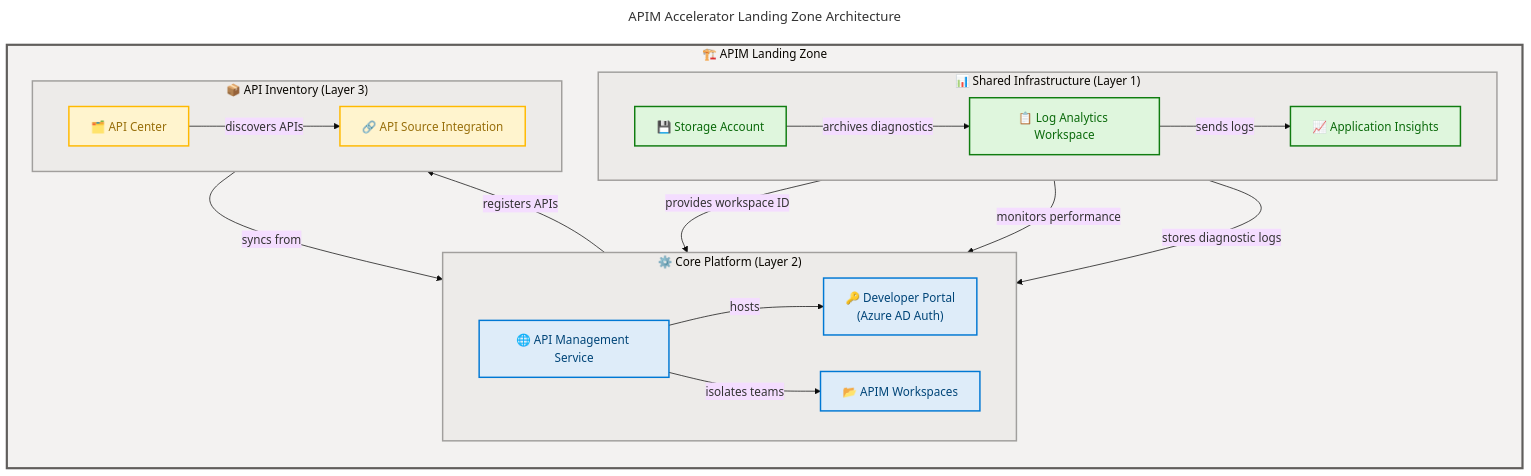
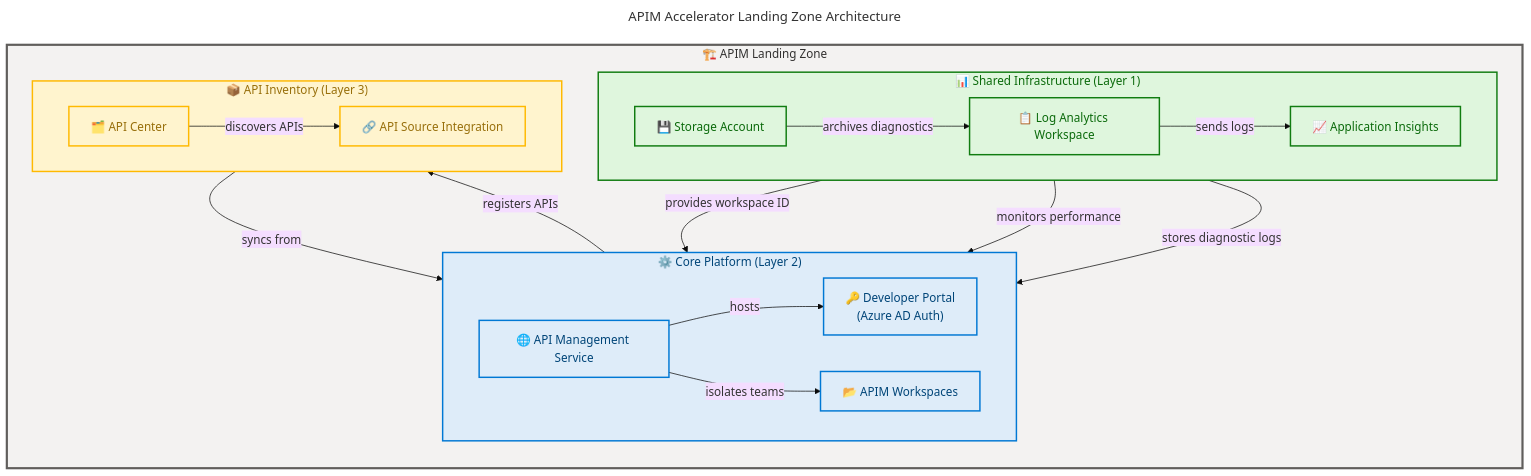
Before and after one commit to Evilazaro/APIM-Accelerator: the diagram in README.md, drawn with Mermaid.

Commit message:
Enhance README.md: Add font size customization and improve semantic class definitions for flowchart styling

````diff
--- a/README.md
+++ b/README.md
@@ -29,69 +29,73 @@
 ```mermaid
 ---
 title: "APIM Accelerator Landing Zone Architecture"
 config:
   theme: base
   look: classic
   layout: dagre
+  themeVariables:
+    fontSize: '16px'
   flowchart:
     htmlLabels: true
 ---
 flowchart TB
     accTitle: APIM Accelerator Landing Zone Architecture
     accDescr: Shows the three-layer deployment architecture with shared monitoring, core API Management platform, and API inventory governance, including 8 components and their integration relationships
 
     %% ═══════════════════════════════════════════════════════════════════════════
     %% AZURE / FLUENT ARCHITECTURE PATTERN v1.1
+    %% (Semantic + Structural + Font + Accessibility Governance)
+    %% ═══════════════════════════════════════════════════════════════════════════
     %% PHASE 1 - STRUCTURAL: Direction explicit, flat topology, nesting ≤ 3
     %% PHASE 2 - SEMANTIC: Colors justified, max 5 semantic classes, neutral-first
     %% PHASE 3 - FONT: Dark text on light backgrounds, contrast ≥ 4.5:1
     %% PHASE 4 - ACCESSIBILITY: accTitle/accDescr present, icons on all nodes
     %% PHASE 5 - STANDARD: Governance block present, classDefs centralized
     %% ═══════════════════════════════════════════════════════════════════════════
-
-    classDef core fill:#DEECF9,stroke:#0078D4,stroke-width:2px,color:#004578
-    classDef success fill:#DFF6DD,stroke:#107C10,stroke-width:2px,color:#0B6A0B
-    classDef danger fill:#FDE7E9,stroke:#E81123,stroke-width:2px,color:#A4262C
-    classDef warning fill:#FFF4CE,stroke:#FFB900,stroke-width:2px,color:#986F0B
-    classDef neutral fill:#FAFAFA,stroke:#8A8886,stroke-width:2px,color:#323130
 
     subgraph landingZone["🏗️ APIM Landing Zone"]
         direction TB
 
         subgraph shared["📊 Shared Infrastructure (Layer 1)"]
             direction LR
             law["📋 Log Analytics Workspace"]:::success
             ai["📈 Application Insights"]:::success
             sa["💾 Storage Account"]:::success
         end
 
         subgraph corePlatform["⚙️ Core Platform (Layer 2)"]
             direction LR
             apim["🌐 API Management Service"]:::core
             portal["🔑 Developer Portal<br/>(Azure AD Auth)"]:::core
             ws["📂 APIM Workspaces"]:::core
         end
 
         subgraph inventory["📦 API Inventory (Layer 3)"]
             direction LR
             apicenter["🗂️ API Center"]:::warning
             source["🔗 API Source Integration"]:::warning
         end
 
         law -->|"sends logs"| ai
         sa -->|"archives diagnostics"| law
         law -->|"provides workspace ID"| apim
         ai -->|"monitors performance"| apim
         sa -->|"stores diagnostic logs"| apim
         apim -->|"hosts"| portal
         apim -->|"isolates teams"| ws
         apim -->|"registers APIs"| apicenter
         apicenter -->|"discovers APIs"| source
         source -->|"syncs from"| apim
     end
 
-    style landingZone fill:#F3F2F1,stroke:#605E5C,stroke-width:3px
-    style shared fill:#EDEBE9,stroke:#A19F9D,stroke-width:2px
-    style corePlatform fill:#EDEBE9,stroke:#A19F9D,stroke-width:2px
-    style inventory fill:#EDEBE9,stroke:#A19F9D,stroke-width:2px
+    %% Centralized semantic classDefs
+    classDef core fill:#DEECF9,stroke:#0078D4,stroke-width:2px,color:#004578
+    classDef success fill:#DFF6DD,stroke:#107C10,stroke-width:2px,color:#0B6A0B
+    classDef warning fill:#FFF4CE,stroke:#FFB900,stroke-width:2px,color:#986F0B
+
+    %% Subgraph styling (style directives, not class — MRM-S001)
+    style landingZone fill:#F3F2F1,stroke:#605E5C,stroke-width:3px,color:#323130
+    style shared fill:#DFF6DD,stroke:#107C10,stroke-width:2px,color:#0B6A0B
+    style corePlatform fill:#DEECF9,stroke:#0078D4,stroke-width:2px,color:#004578
+    style inventory fill:#FFF4CE,stroke:#FFB900,stroke-width:2px,color:#986F0B
 ```
````
